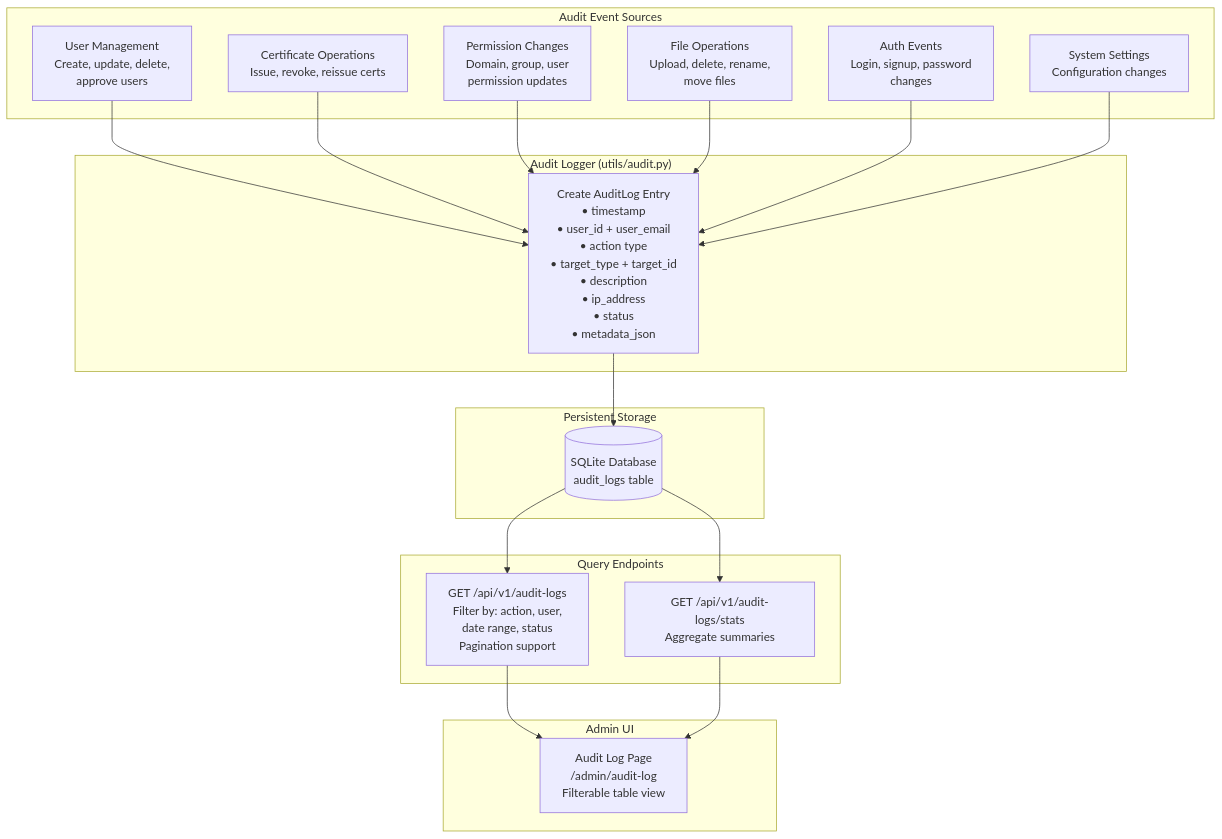
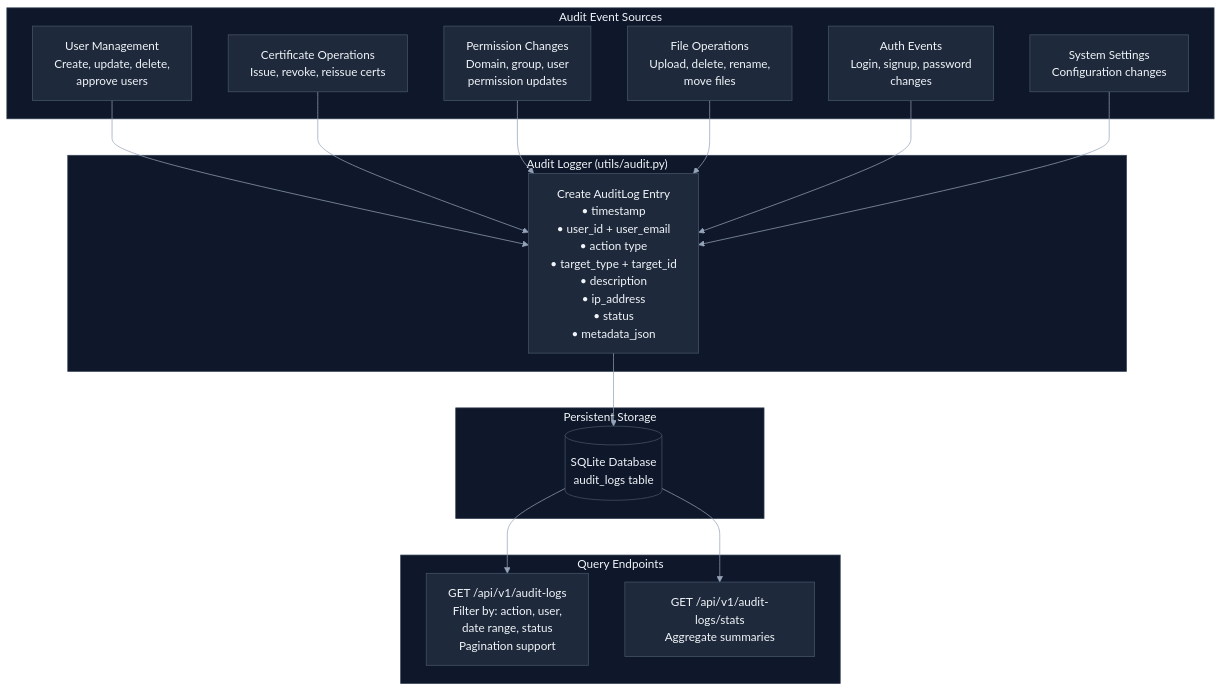
One commit to andreas-04/thumbs-up changed the diagram in docs/diagrams/10-audit-logging.mmd. Above: the diagram before and after it, drawn with Mermaid. The commit also changed 20 other files, not shown here.

```diff
--- a/docs/diagrams/10-audit-logging.mmd
+++ b/docs/diagrams/10-audit-logging.mmd
@@ -1,41 +1,43 @@
+%%{init: {'theme': 'base', 'themeVariables': {'primaryColor': '#1e293b', 'primaryTextColor': '#f1f5f9', 'primaryBorderColor': '#475569', 'lineColor': '#94a3b8', 'secondaryColor': '#0f172a', 'tertiaryColor': '#1e293b', 'background': '#0f172a', 'mainBkg': '#1e293b', 'nodeBorder': '#475569', 'clusterBkg': '#0f172a', 'clusterBorder': '#334155', 'titleColor': '#f1f5f9', 'edgeLabelBackground': '#1e293b', 'fontFamily': 'monospace'}}}%%
 flowchart TD
     subgraph Sources["Audit Event Sources"]
         UserAPI["User Management<br/>Create, update, delete,<br/>approve users"]
         CertOps["Certificate Operations<br/>Issue, revoke, reissue certs"]
         PermOps["Permission Changes<br/>Domain, group, user<br/>permission updates"]
         FileOps["File Operations<br/>Upload, delete, rename,<br/>move files"]
         AuthEvents["Auth Events<br/>Login, signup, password<br/>changes"]
         SettingsOps["System Settings<br/>Configuration changes"]
     end
 
     subgraph AuditModule["Audit Logger (utils/audit.py)"]
         LogEntry["Create AuditLog Entry<br/>• timestamp<br/>• user_id + user_email<br/>• action type<br/>• target_type + target_id<br/>• description<br/>• ip_address<br/>• status<br/>• metadata_json"]
     end
 
     subgraph Storage["Persistent Storage"]
         DB[("SQLite Database<br/>audit_logs table")]
     end
 
     subgraph QueryAPI["Query Endpoints"]
         ListLogs["GET /api/v1/audit-logs<br/>Filter by: action, user,<br/>date range, status<br/>Pagination support"]
         LogStats["GET /api/v1/audit-logs/stats<br/>Aggregate summaries"]
     end
 
-    subgraph Frontend["Admin UI"]
-        AuditPage["Audit Log Page<br/>/admin/audit-log<br/>Filterable table view"]
-    end
 
     UserAPI --> LogEntry
     CertOps --> LogEntry
     PermOps --> LogEntry
     FileOps --> LogEntry
     AuthEvents --> LogEntry
     SettingsOps --> LogEntry
 
     LogEntry --> DB
 
     DB --> ListLogs
     DB --> LogStats
 
-    ListLogs --> AuditPage
-    LogStats --> AuditPage
+
+
+    classDef darkNode fill:#1e293b,stroke:#475569,color:#f1f5f9
+    classDef dbNode fill:#0f172a,stroke:#475569,color:#f1f5f9
+    class UserAPI,CertOps,PermOps,FileOps,AuthEvents,SettingsOps,LogEntry,ListLogs,LogStats darkNode
+    class DB dbNode
```
